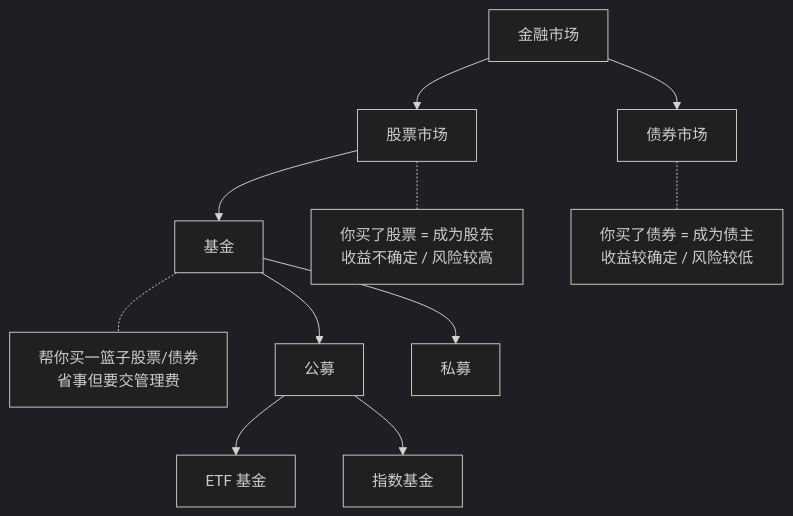
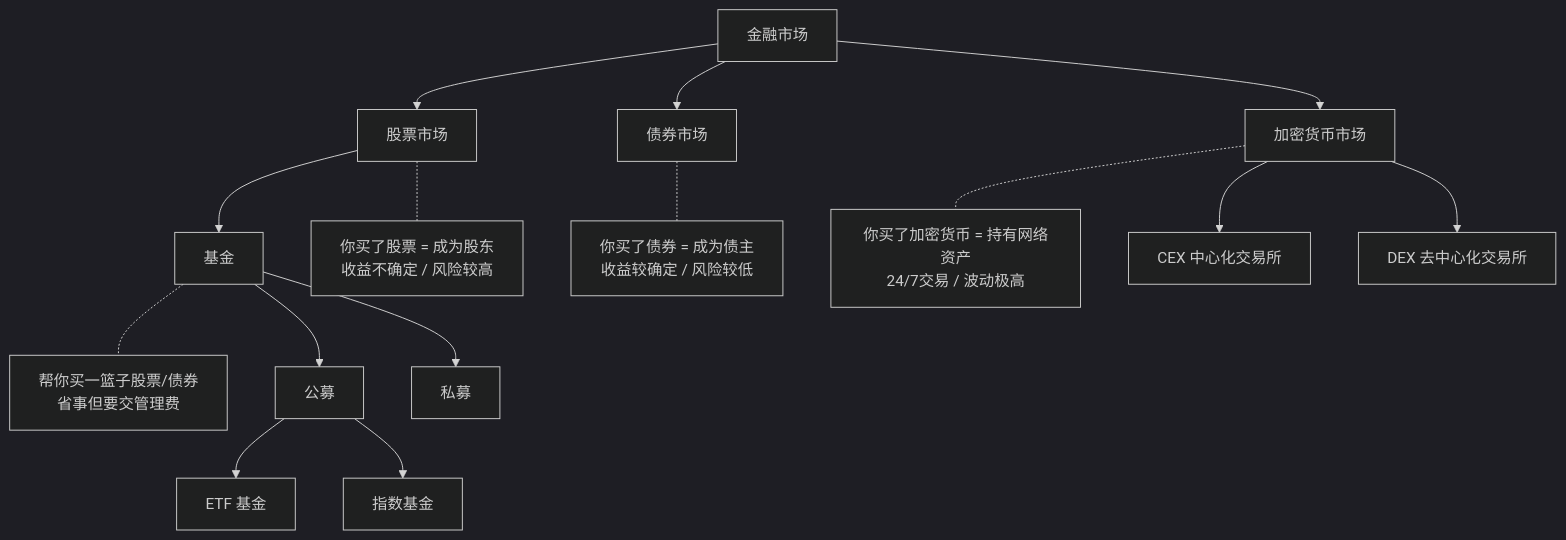
One commit to cxmokai/factor-investing-study changed the diagram in 第01周-市场基础与线性代数/Day1-金融市场全貌与向量矩阵.md. Above: the diagram before and after it, drawn with Mermaid (dark theme). The commit also changed other lines of this file and 3 other files, not shown here.

````diff
--- a/第01周-市场基础与线性代数/Day1-金融市场全貌与向量矩阵.md
+++ b/第01周-市场基础与线性代数/Day1-金融市场全貌与向量矩阵.md
@@ -133,14 +164,18 @@
 ```mermaid
 graph TD
     A[金融市场] --> B[股票市场]
     A --> C[债券市场]
+    A --> X[加密货币市场]
     B --> D[基金]
 
     B -.- B1["你买了股票 = 成为股东<br>收益不确定 / 风险较高"]
     C -.- C1["你买了债券 = 成为债主<br>收益较确定 / 风险较低"]
     D -.- D1["帮你买一篮子股票/债券<br>省事但要交管理费"]
+    X -.- X1["你买了加密货币 = 持有网络资产<br>24/7交易 / 波动极高"]
     D --> E[公募]
     D --> F[私募]
     E --> G[ETF 基金]
     E --> H[指数基金]
+    X --> Y[CEX 中心化交易所]
+    X --> Z[DEX 去中心化交易所]
 ```
````
